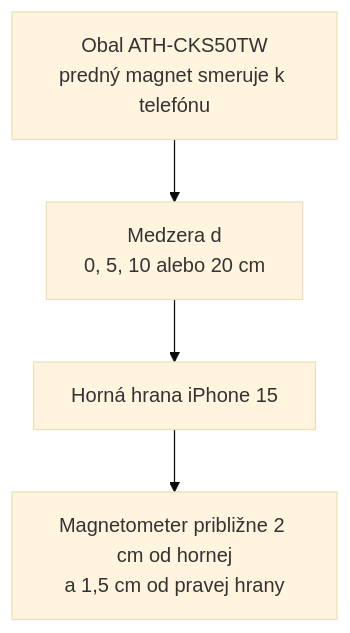
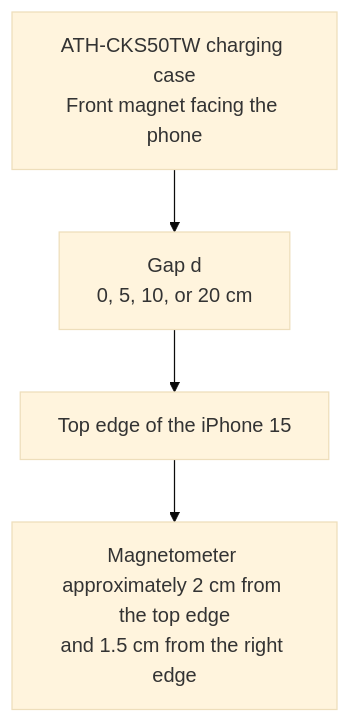
One commit to Fironman-code/magnetic-anomaly-hunter changed the diagram in README.md. Above: the diagram before and after it, drawn with Mermaid (base theme). The commit also changed other lines of this file, not shown here.

````diff
--- a/README.md
+++ b/README.md
@@ -36,9 +36,9 @@
 ```mermaid
 flowchart TB
-    A["Obal ATH-CKS50TW<br>predný magnet smeruje k telefónu"]
-    B["Medzera d<br>0, 5, 10 alebo 20 cm"]
-    C["Horná hrana iPhone 15"]
-    D["Magnetometer približne 2 cm od hornej<br>a 1,5 cm od pravej hrany"]
+    A["ATH-CKS50TW charging case<br/>Front magnet facing the phone"]
+    B["Gap d<br/>0, 5, 10, or 20 cm"]
+    C["Top edge of the iPhone 15"]
+    D["Magnetometer approximately 2 cm from the top edge<br/>and 1.5 cm from the right edge"]
 
     A --> B --> C --> D
 ```
````
